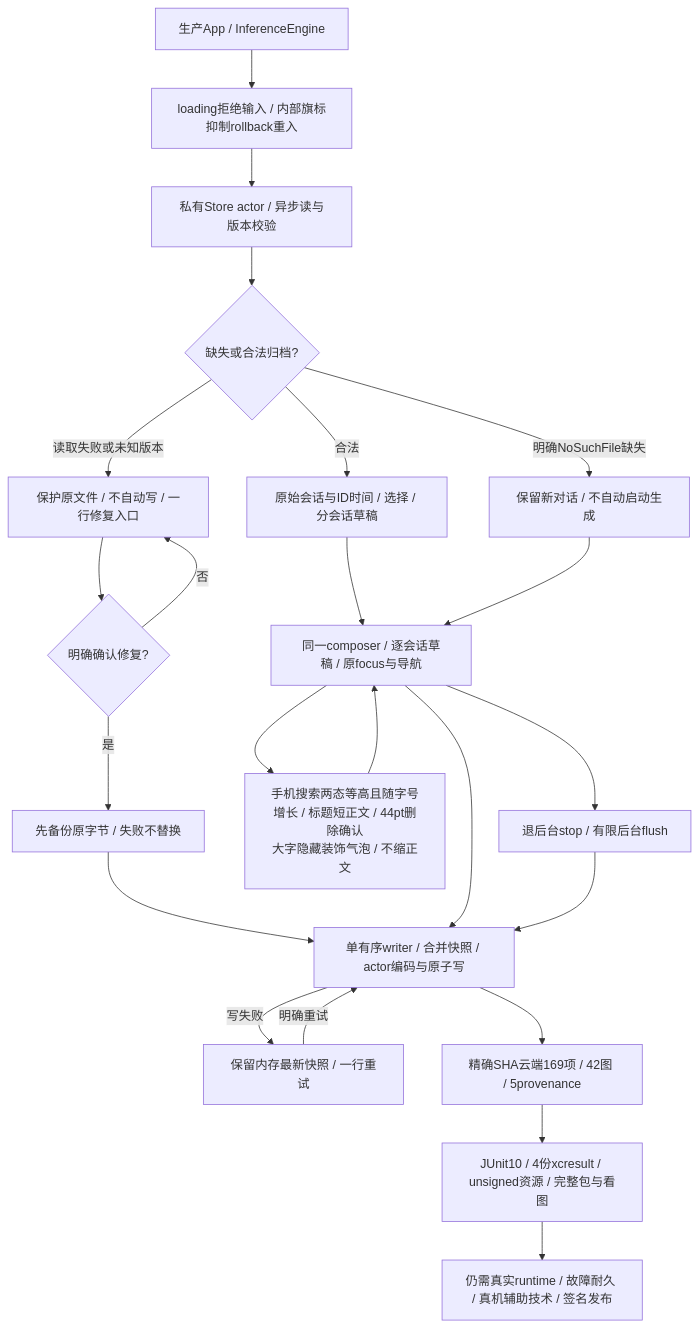
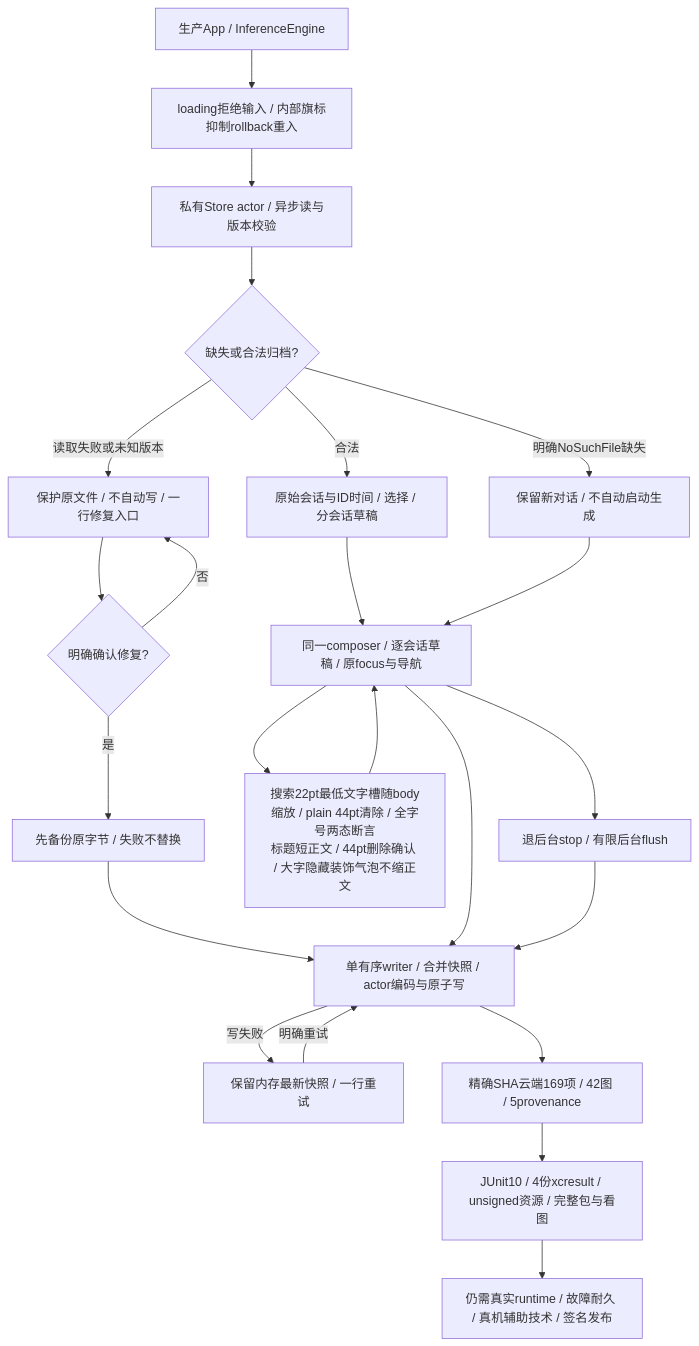
The first of 30 diagrams in md/flow/flowchart.md (Altman-sam114/113), drawn with Mermaid before and after one commit. The commit also changed other lines of this file and 9 other files, not shown here.

````diff
--- a/md/flow/flowchart.md
+++ b/md/flow/flowchart.md
@@ -9,27 +11,27 @@
 ```mermaid
 flowchart TD
     %% 生产显式注入，测试默认内存隔离
     App[生产App / InferenceEngine] --> Loading[loading拒绝输入 / 内部旗标抑制rollback重入]
     Loading --> Load[私有Store actor / 异步读与版本校验]
     Load --> Valid{缺失或合法归档?}
     Valid -- 合法 --> Restore[原始会话与ID时间 / 选择 / 分会话草稿]
     Valid -- 明确NoSuchFile缺失 --> Seed[保留新对话 / 不自动启动生成]
     Valid -- 读取失败或未知版本 --> Protected[保护原文件 / 不自动写 / 一行修复入口]
     Protected --> Confirm{明确确认修复?}
     Confirm -- 否 --> Protected
     Confirm -- 是 --> Backup[先备份原字节 / 失败不替换]
     Backup --> Writer[单有序writer / 合并快照 / actor编码与原子写]
     Restore --> Edit[同一composer / 逐会话草稿 / 原focus与导航]
     Seed --> Edit
     Edit --> Writer
     Writer -- 写失败 --> Retry[保留内存最新快照 / 一行重试]
     Retry -- 明确重试 --> Writer
-    Edit --> History[手机搜索两态等高且随字号增长 / 标题短正文 / 44pt删除确认<br/>大字隐藏装饰气泡 / 不缩正文]
+    Edit --> History[搜索22pt最低文字槽随body缩放 / plain 44pt清除 / 全字号两态断言<br/>标题短正文 / 44pt删除确认 / 大字隐藏装饰气泡不缩正文]
     History --> Edit
     Edit --> Background[退后台stop / 有限后台flush]
     Background --> Writer
     %% 宿主图不是完整模拟器或真机证据
     Writer --> Cloud[精确SHA云端169项 / 42图 / 5provenance]
     Cloud --> Review[JUnit10 / 4份xcresult / unsigned资源 / 完整包与看图]
     Review --> Gates[仍需真实runtime / 故障耐久 / 真机辅助技术 / 签名发布]
 ```
````
